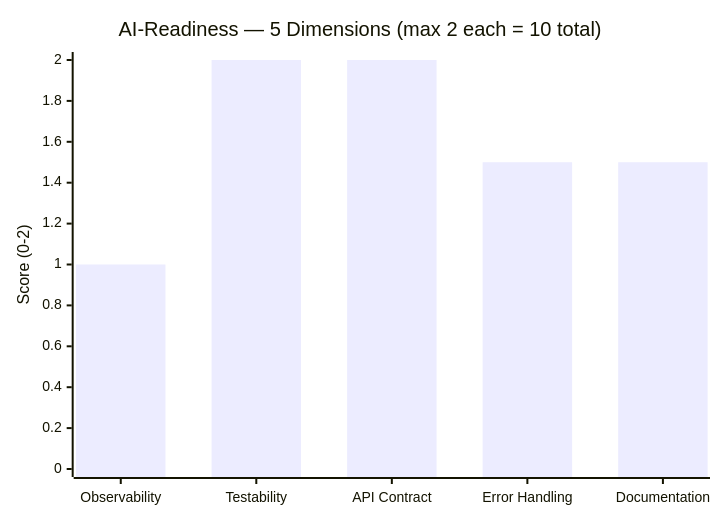
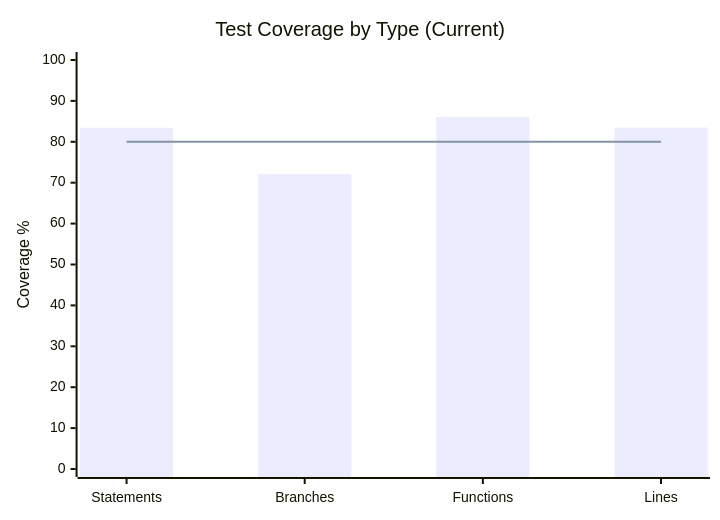
Diagram 15 of 27 in products/stablecoin-gateway/docs/AUDIT-REPORT.md (Tamoura/Claude-Code-creates-the-SW-company), drawn with Mermaid before and after one commit. The commit also changed other lines of this file and 19 other files, not shown here.

First line of the commit message:
fix(stablecoin-gateway): audit score improvements — 6 dimensions to reach 8/10 threshold (#330)

````diff
--- a/products/stablecoin-gateway/docs/AUDIT-REPORT.md
+++ b/products/stablecoin-gateway/docs/AUDIT-REPORT.md
@@ -966,7 +753,8 @@
 ```mermaid
 xychart-beta
-    title "AI-Readiness — 5 Dimensions (max 2 each = 10 total)"
-    x-axis ["Observability", "Testability", "API Contract", "Error Handling", "Documentation"]
-    y-axis "Score (0-2)" 0 --> 2
-    bar [1.0, 2.0, 2.0, 1.5, 1.5]
+    title "Test Coverage by Type (Current)"
+    x-axis ["Statements", "Branches", "Functions", "Lines"]
+    y-axis "Coverage %" 0 --> 100
+    bar [83.43, 72.1, 86.06, 83.49]
+    line [80, 80, 80, 80]
 ```
````
